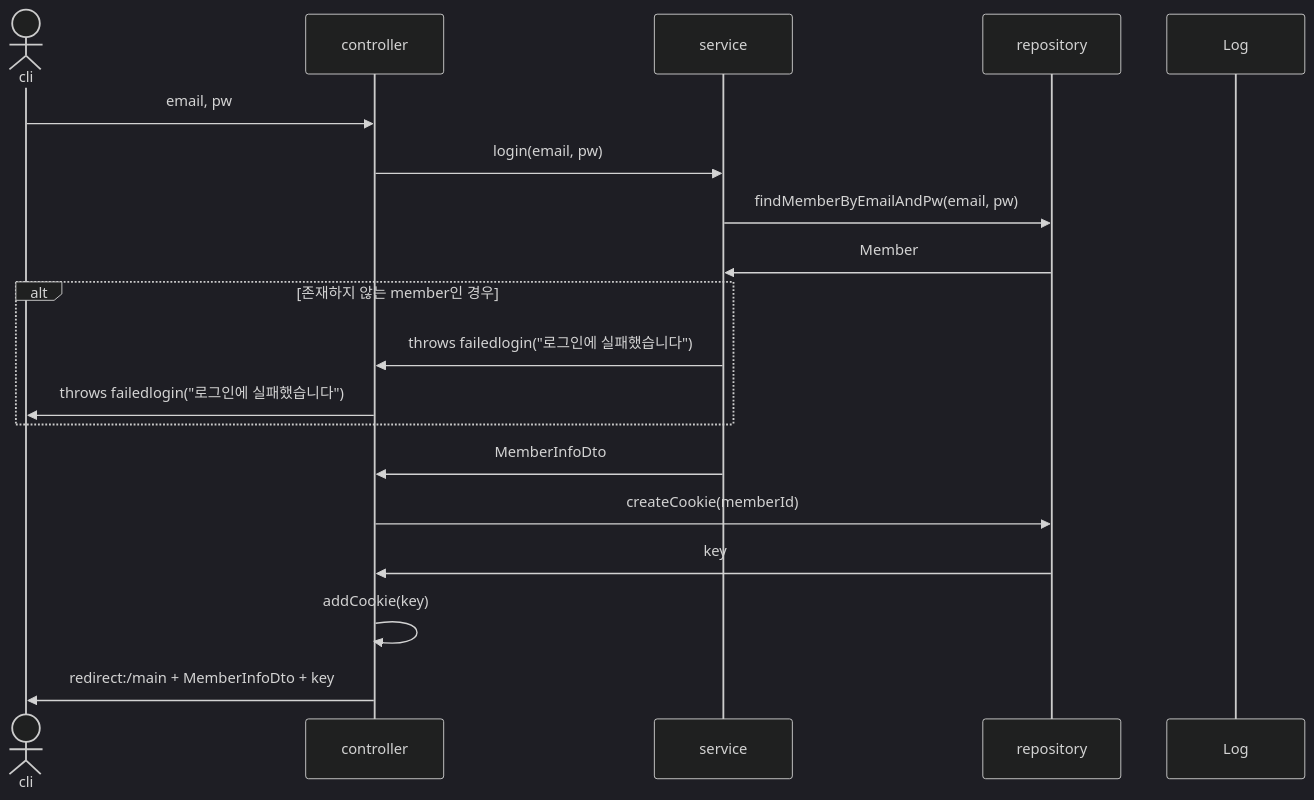
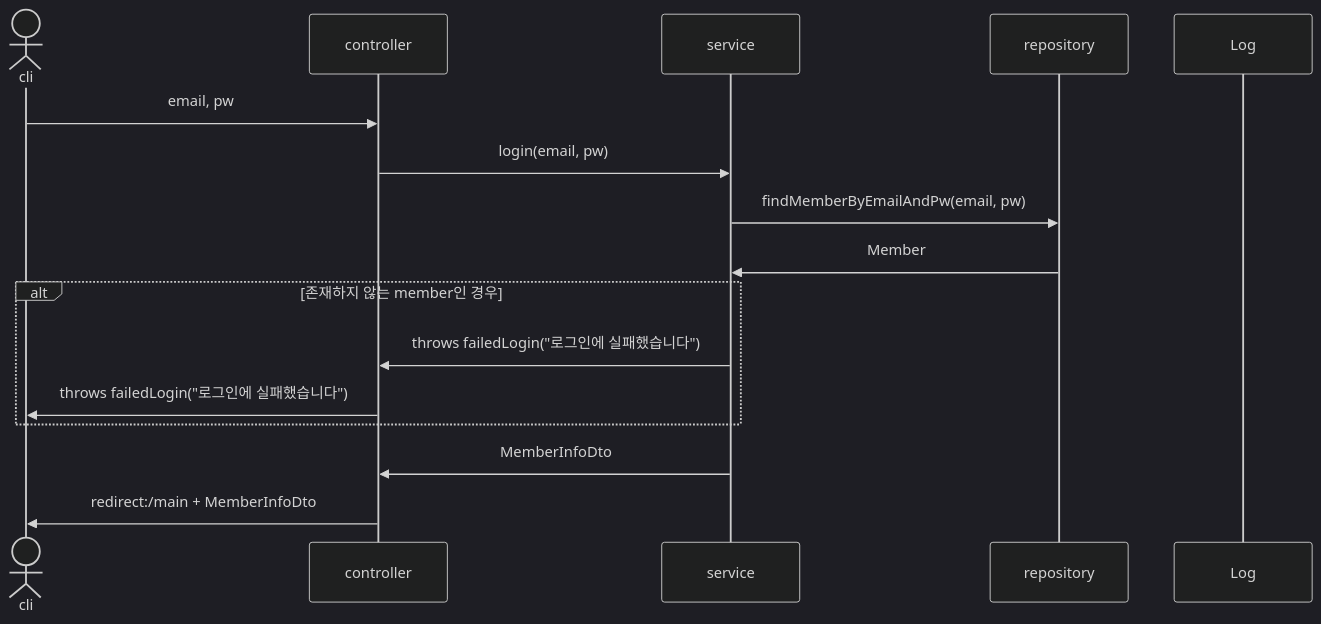
One commit to mtak0235/snsX changed the tenth of 29 diagrams in sequence.md. Above: the diagram before and after it, drawn with Mermaid (dark theme). The commit also changed other lines of this file, not shown here.

Commit message:
update login sequence diagram

````diff
--- a/sequence.md
+++ b/sequence.md
@@ -212,22 +212,19 @@
 ```mermaid
 sequenceDiagram
 actor cli
 participant c as controller
 participant s as service
 participant r as repository
 participant l as Log
 
 cli->>c: email, pw
 c->>s: login(email, pw)
 s->>r: findMemberByEmailAndPw(email, pw)
 r->>s: Member
 alt 존재하지 않는 member인 경우
-s->>c: throws failedlogin("로그인에 실패했습니다")
-c->>cli: throws failedlogin("로그인에 실패했습니다")
+s->>c: throws failedLogin("로그인에 실패했습니다")
+c->>cli: throws failedLogin("로그인에 실패했습니다")
 end
 s->>c: MemberInfoDto
-c->>r: createCookie(memberId)
-r->>c: key
-c->>c: addCookie(key)
-c->>cli: redirect:/main + MemberInfoDto + key
+c->>cli: redirect:/main + MemberInfoDto
 ```
````
